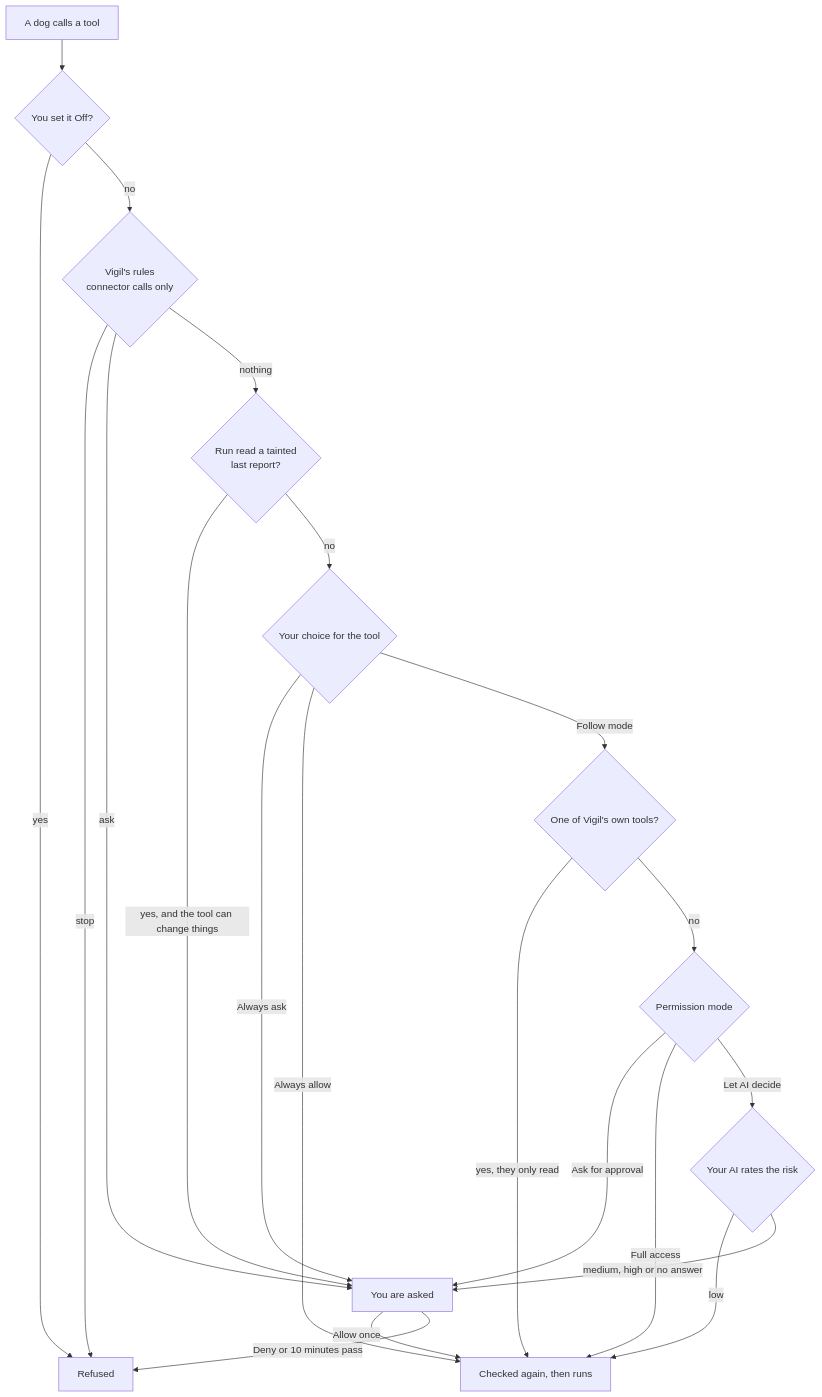
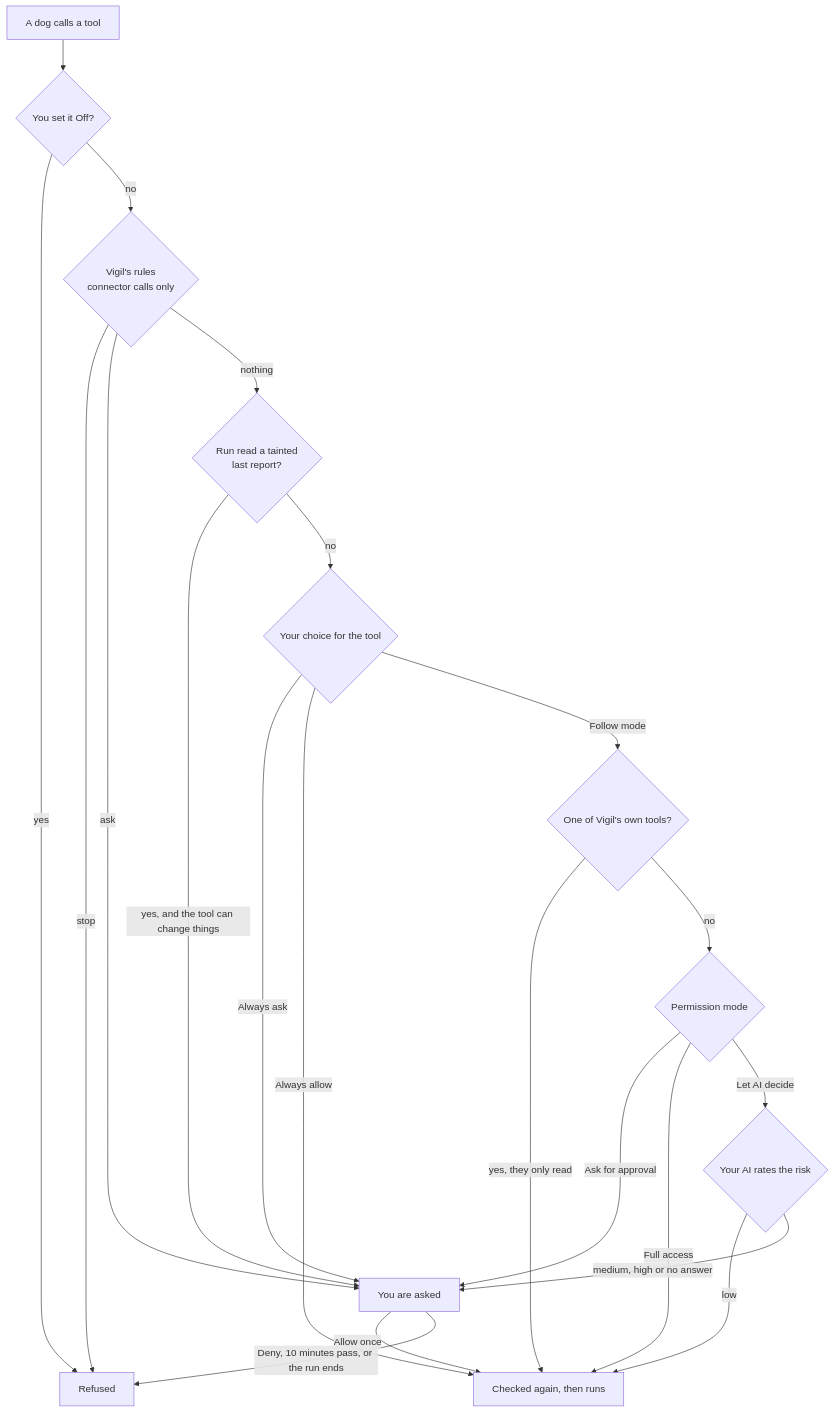
One commit to ShmalexM/Vigil-at-Home changed the first of 4 diagrams in docs/pack.md. Above: the diagram before and after it, drawn with Mermaid. The commit also changed other lines of this file and 5 other files, not shown here.

````diff
--- a/docs/pack.md
+++ b/docs/pack.md
@@ -39,23 +43,23 @@
 ```mermaid
 flowchart TD
   call[A dog calls a tool] --> off{You set it Off?}
   off -- yes --> refused[Refused]
   off -- no --> rules{Vigil's rules<br/>connector calls only}
   rules -- stop --> refused
   rules -- ask --> ask[You are asked]
   rules -- nothing --> prev{Run read a tainted<br/>last report?}
   prev -- yes, and the tool can change things --> ask
   prev -- no --> choice{Your choice for the tool}
   choice -- Always ask --> ask
   choice -- Always allow --> run[Checked again, then runs]
   choice -- Follow mode --> ro{One of Vigil's own tools?}
   ro -- yes, they only read --> run
   ro -- no --> mode{Permission mode}
   mode -- Ask for approval --> ask
   mode -- Full access --> run
   mode -- Let AI decide --> judge{Your AI rates the risk}
   judge -- low --> run
   judge -- medium, high or no answer --> ask
   ask -- Allow once --> run
-  ask -- Deny or 10 minutes pass --> refused
+  ask -- Deny, 10 minutes pass, or the run ends --> refused
 ```
````
